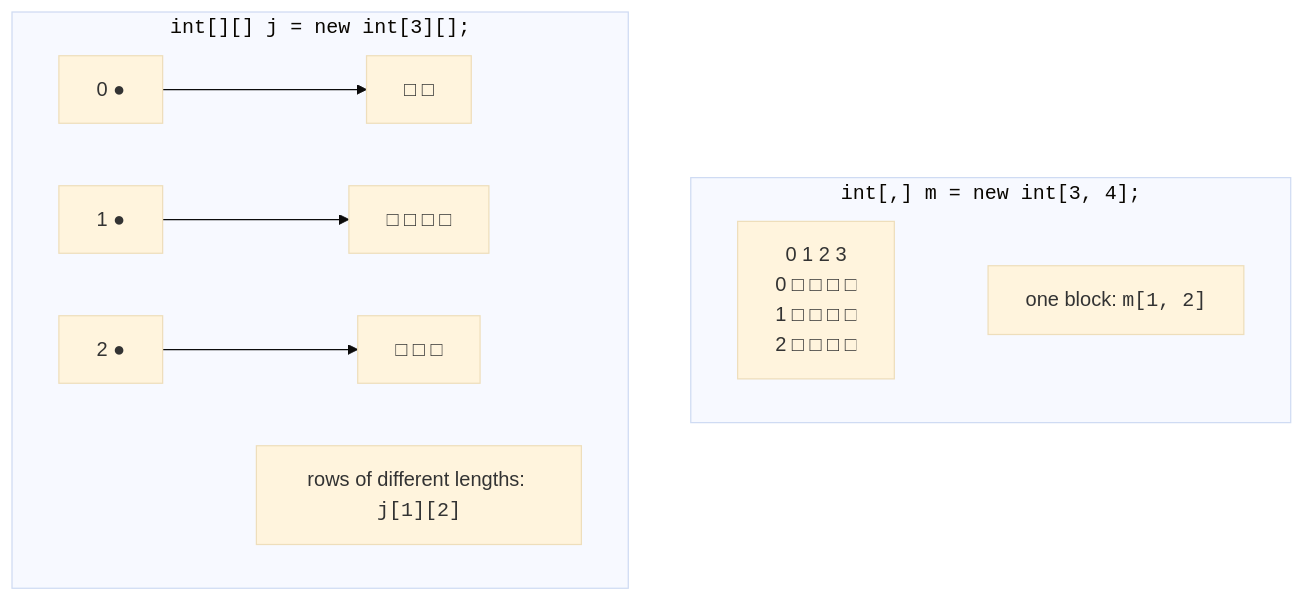
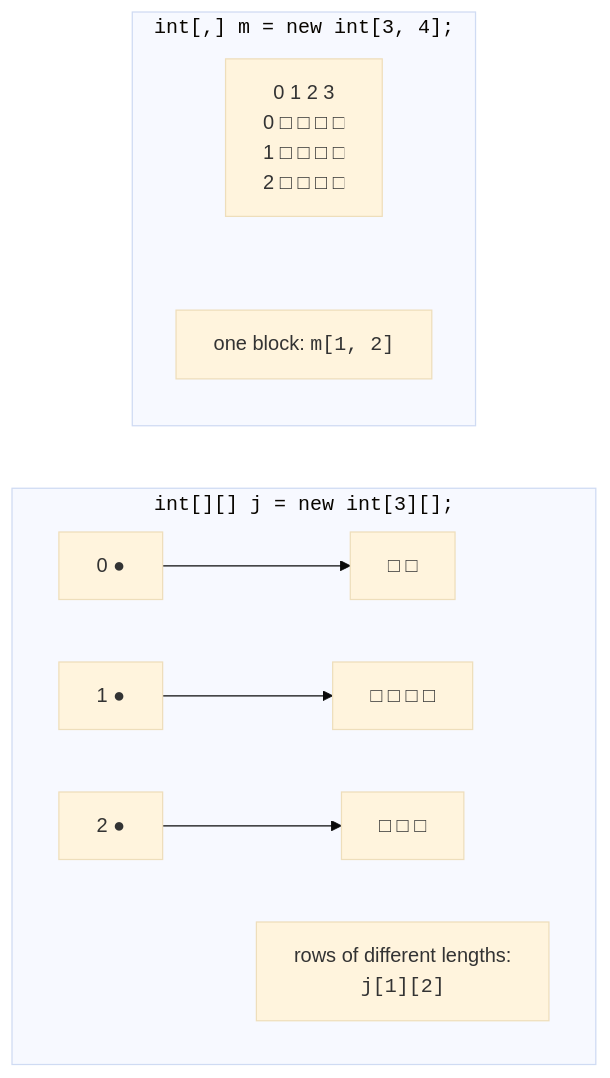
The diagram in src/courses/csharp/04-arrays-strings/array-class-multidim.md (musicvano/Blog), drawn with Mermaid (base theme) before and after one commit. The commit also changed other lines of this file and 583 other files, not shown here.

````diff
--- a/src/courses/csharp/04-arrays-strings/array-class-multidim.md
+++ b/src/courses/csharp/04-arrays-strings/array-class-multidim.md
@@ -85,15 +85,17 @@
 ```mermaid
 flowchart TB
   subgraph RECT ["<code>int[,] m = new int[3, 4];</code>"]
+    direction TB
     M["0 1 2 3<br>0 □ □ □ □<br>1 □ □ □ □<br>2 □ □ □ □"]
     MN["one block: <code>m[1, 2]</code>"]
     M ~~~ MN
   end
   subgraph JAG ["<code>int[][] j = new int[3][];</code>"]
     direction LR
     J0["0  ●"] --> R0["□ □"]
     J1["1  ●"] --> R1["□ □ □ □"]
     J2["2  ●"] --> R2["□ □ □"]
-    JN["rows of different lengths: <code>j[1][2]</code>"]
+    JN["rows of different lengths:<br><code>j[1][2]</code>"]
   end
+  RECT ~~~ JAG
 ```
````
